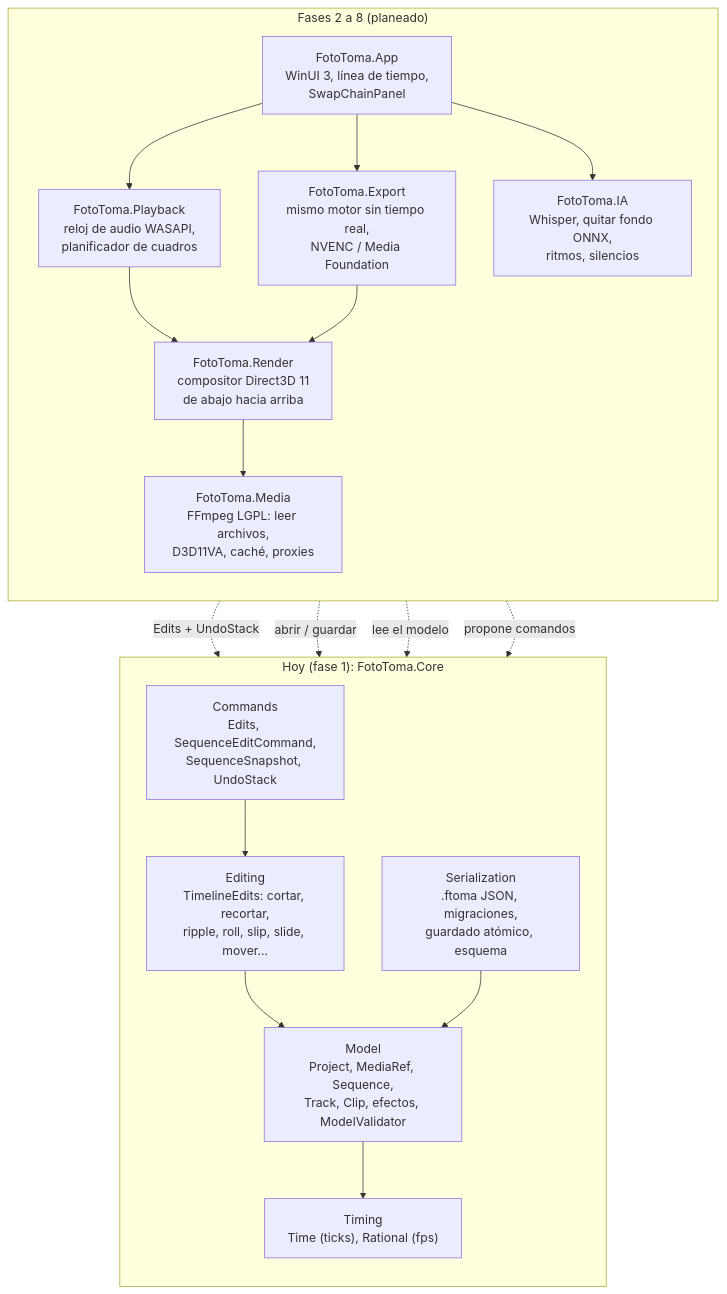
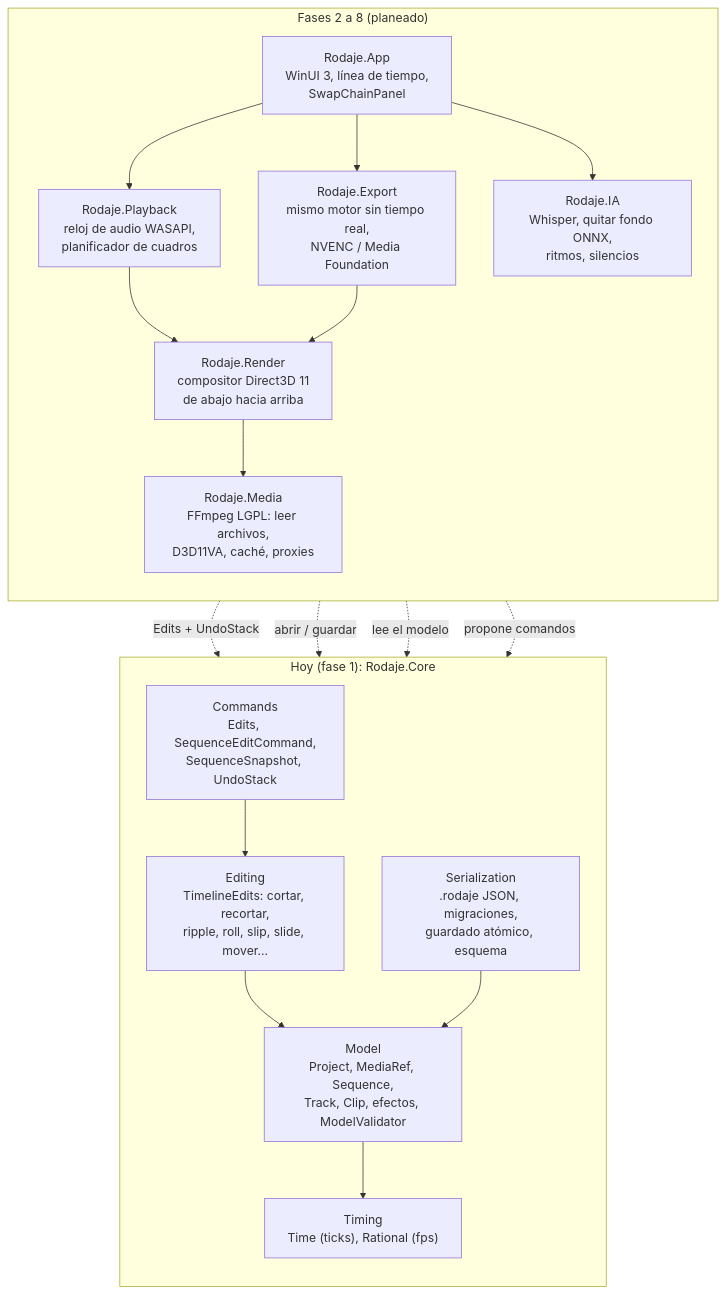
One commit to Dathinel/rodaje changed the third of 5 diagrams in docs/guia-tecnica.md. Above: the diagram before and after it, drawn with Mermaid. The commit also changed other lines of this file and 369 other files, not shown here.

Commit message:
Renombrar el programa a Rodaje (antes FotoToma)

````diff
--- a/docs/guia-tecnica.md
+++ b/docs/guia-tecnica.md
@@ -314,33 +314,33 @@
 ```mermaid
 flowchart TB
-    subgraph hoy["Hoy (fase 1): FotoToma.Core"]
+    subgraph hoy["Hoy (fase 1): Rodaje.Core"]
         direction TB
         Timing["Timing<br/>Time (ticks), Rational (fps)"]
         Model["Model<br/>Project, MediaRef, Sequence,<br/>Track, Clip, efectos, ModelValidator"]
         Editing["Editing<br/>TimelineEdits: cortar, recortar,<br/>ripple, roll, slip, slide, mover..."]
         Commands["Commands<br/>Edits, SequenceEditCommand,<br/>SequenceSnapshot, UndoStack"]
-        Serialization["Serialization<br/>.ftoma JSON, migraciones,<br/>guardado atómico, esquema"]
+        Serialization["Serialization<br/>.rodaje JSON, migraciones,<br/>guardado atómico, esquema"]
         Model --> Timing
         Editing --> Model
         Commands --> Editing
         Serialization --> Model
     end
 
     subgraph futuro["Fases 2 a 8 (planeado)"]
         direction TB
-        App["FotoToma.App<br/>WinUI 3, línea de tiempo,<br/>SwapChainPanel"]
-        Playback["FotoToma.Playback<br/>reloj de audio WASAPI,<br/>planificador de cuadros"]
-        Render["FotoToma.Render<br/>compositor Direct3D 11<br/>de abajo hacia arriba"]
-        Media["FotoToma.Media<br/>FFmpeg LGPL: leer archivos,<br/>D3D11VA, caché, proxies"]
-        Export["FotoToma.Export<br/>mismo motor sin tiempo real,<br/>NVENC / Media Foundation"]
-        IA["FotoToma.IA<br/>Whisper, quitar fondo ONNX,<br/>ritmos, silencios"]
+        App["Rodaje.App<br/>WinUI 3, línea de tiempo,<br/>SwapChainPanel"]
+        Playback["Rodaje.Playback<br/>reloj de audio WASAPI,<br/>planificador de cuadros"]
+        Render["Rodaje.Render<br/>compositor Direct3D 11<br/>de abajo hacia arriba"]
+        Media["Rodaje.Media<br/>FFmpeg LGPL: leer archivos,<br/>D3D11VA, caché, proxies"]
+        Export["Rodaje.Export<br/>mismo motor sin tiempo real,<br/>NVENC / Media Foundation"]
+        IA["Rodaje.IA<br/>Whisper, quitar fondo ONNX,<br/>ritmos, silencios"]
         App --> Playback --> Render --> Media
         App --> Export --> Render
         App --> IA
     end
 
     App -.->|"Edits + UndoStack"| Commands
     App -.->|"abrir / guardar"| Serialization
     Render -.->|"lee el modelo"| Model
     IA -.->|"propone comandos"| Commands
 ```
````
